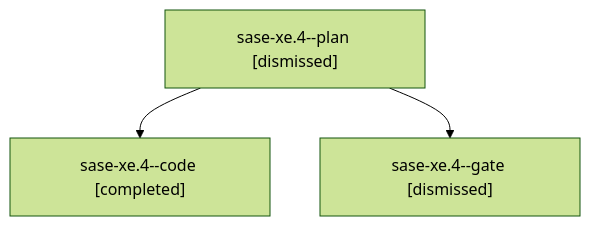
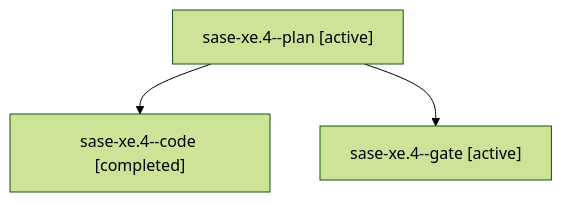
Before and after one commit to sase-org/sase--agents: the diagram in families/bbugyi200.athena.sase-xe.4.md, drawn with Mermaid (forest theme). The commit also changed other lines of this file and 35830 other files, not shown here.

````diff
--- a/families/bbugyi200.athena.sase-xe.4.md
+++ b/families/bbugyi200.athena.sase-xe.4.md
@@ -9,8 +9,8 @@
 ```mermaid
 flowchart TD
-  n0["sase-xe.4--plan [dismissed]"]
+  n0["sase-xe.4--plan [active]"]
   n1["sase-xe.4--code [completed]"]
   n0 --> n1
-  n2["sase-xe.4--gate [dismissed]"]
+  n2["sase-xe.4--gate [active]"]
   n0 --> n2
 ```
````
